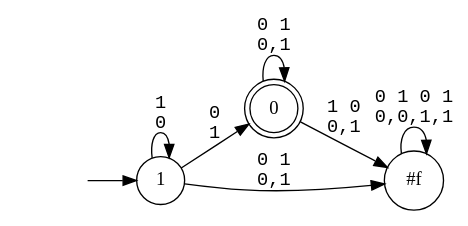
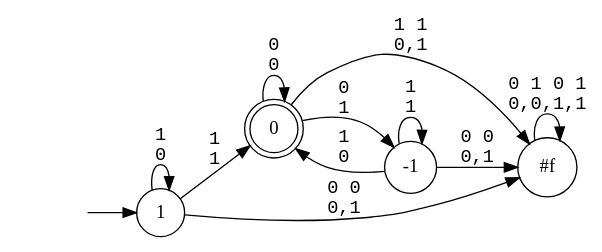
The diagram in scm/examples/dfa.dot (keisrk/automatic), drawn with Graphviz before and after one commit. The commit also changed 15 other files, not shown here.

```diff
--- a/scm/examples/dfa.dot
+++ b/scm/examples/dfa.dot
@@ -1,13 +1,17 @@
 digraph G {
 rankdir="LR";edge[fontname=Courier];
 node[shape=circle];
 "#entry#"[shape=none label=""];
 "0"[shape=doublecircle];
 "#entry#"->"1"
-"1"->"#f"[label="0 1\n0,1"];
+"1"->"#f"[label="0 0\n0,1"];
 "1"->"1"[label="1\n0"];
-"1"->"0"[label="0\n1"];
+"1"->"0"[label="1\n1"];
 "#f"->"#f"[label="0 1 0 1\n0,0,1,1"];
-"0"->"0"[label="0 1\n0,1"];
-"0"->"#f"[label="1 0\n0,1"];
+"0"->"0"[label="0\n0"];
+"0"->"#f"[label="1 1\n0,1"];
+"0"->"-1"[label="0\n1"];
+"-1"->"#f"[label="0 0\n0,1"];
+"-1"->"0"[label="1\n0"];
+"-1"->"-1"[label="1\n1"];
 }
```
